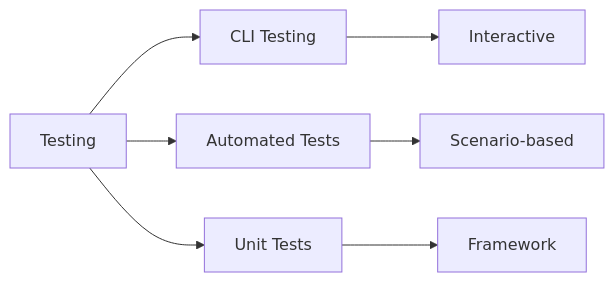
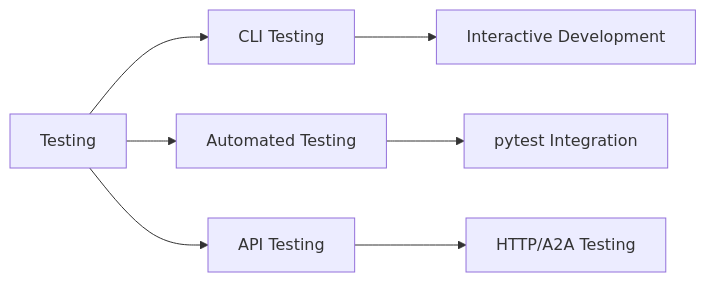
One commit to yaalalabs/agent-kernel changed the diagram in docs/docs/testing/overview.md. Above: the diagram before and after it, drawn with Mermaid. The commit also changed other lines of this file and 2 other files, not shown here.

Commit message:
Testing document fix

````diff
--- a/docs/docs/testing/overview.md
+++ b/docs/docs/testing/overview.md
@@ -11,10 +11,10 @@
 ```mermaid
 graph LR
     A[Testing] --> B[CLI Testing]
-    A --> C[Automated Tests]
-    A --> D[Unit Tests]
+    A --> C[Automated Testing]
+    A --> D[API Testing]
     
-    B --> E[Interactive]
-    C --> F[Scenario-based]
-    D --> G[Framework]
+    B --> E[Interactive Development]
+    C --> F[pytest Integration]
+    D --> G[HTTP/A2A Testing]
 ```
````
